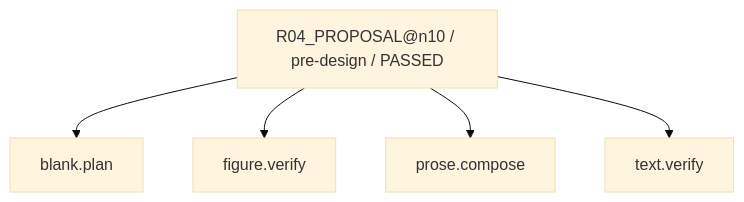
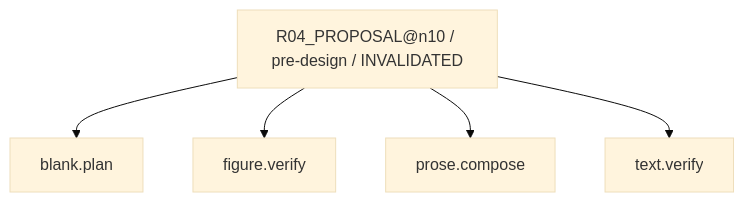
One commit to rrikunagasige-dot/kyotsu-step-web changed diagram 16 of 30 in work/items/W-MATH-034-n09-n10-guided-design/generated/CAPABILITY_FIRE_DIAGRAM.md. Above: the diagram before and after it, drawn with Mermaid (base theme). The commit also changed other lines of this file and 266 other files, not shown here.

````diff
--- a/work/items/W-MATH-034-n09-n10-guided-design/generated/CAPABILITY_FIRE_DIAGRAM.md
+++ b/work/items/W-MATH-034-n09-n10-guided-design/generated/CAPABILITY_FIRE_DIAGRAM.md
@@ -258,12 +258,12 @@
 ```mermaid
 flowchart TD
-  N0["R04_PROPOSAL@n10 / pre-design / PASSED"]
+  N0["R04_PROPOSAL@n10 / pre-design / INVALIDATED"]
   N1["blank.plan"]
   N2["prose.compose"]
   N3["text.verify"]
   N4["figure.verify"]
   N0 --> N1
   N0 --> N4
   N0 --> N2
   N0 --> N3
 ```
````
